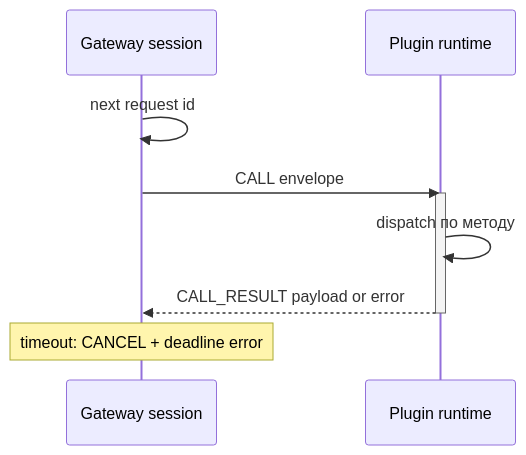
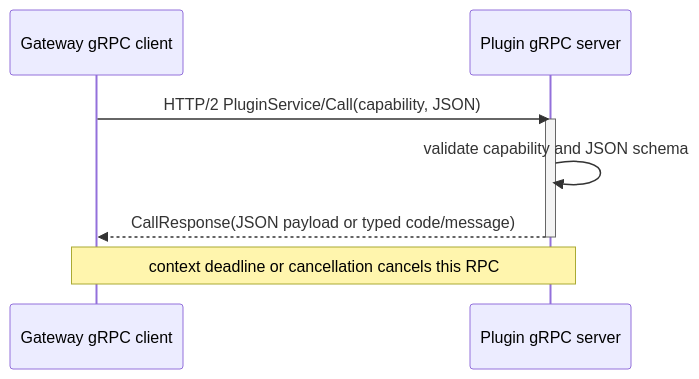
One commit to Liapoldus/liapoldus.github.io changed the diagram in diagrams/plugin-unary-call.mmd. Above: the diagram before and after it, drawn with Mermaid. The commit also changed 63 other files, not shown here.

```diff
--- a/diagrams/plugin-unary-call.mmd
+++ b/diagrams/plugin-unary-call.mmd
@@ -1,10 +1,9 @@
 sequenceDiagram
-    participant G as Gateway session
-    participant P as Plugin runtime
-    G->>G: next request id
-    G->>P: CALL envelope
+    participant G as Gateway gRPC client
+    participant P as Plugin gRPC server
+    G->>P: HTTP/2 PluginService/Call(capability, JSON)
     activate P
-    P->>P: dispatch по методу
-    P-->>G: CALL_RESULT payload or error
+    P->>P: validate capability and JSON schema
+    P-->>G: CallResponse(JSON payload or typed code/message)
     deactivate P
-    Note over G: timeout: CANCEL + deadline error
+    Note over G,P: context deadline or cancellation cancels this RPC
```
